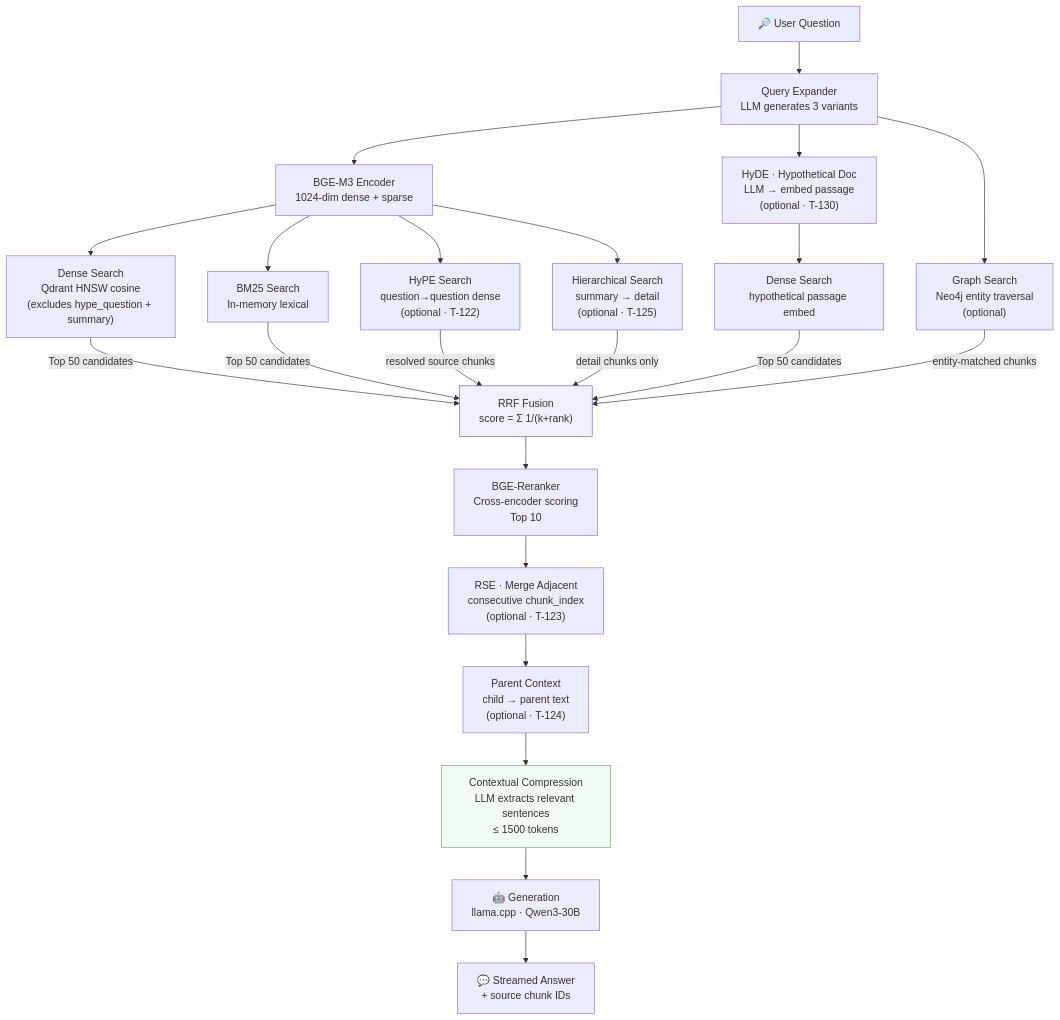
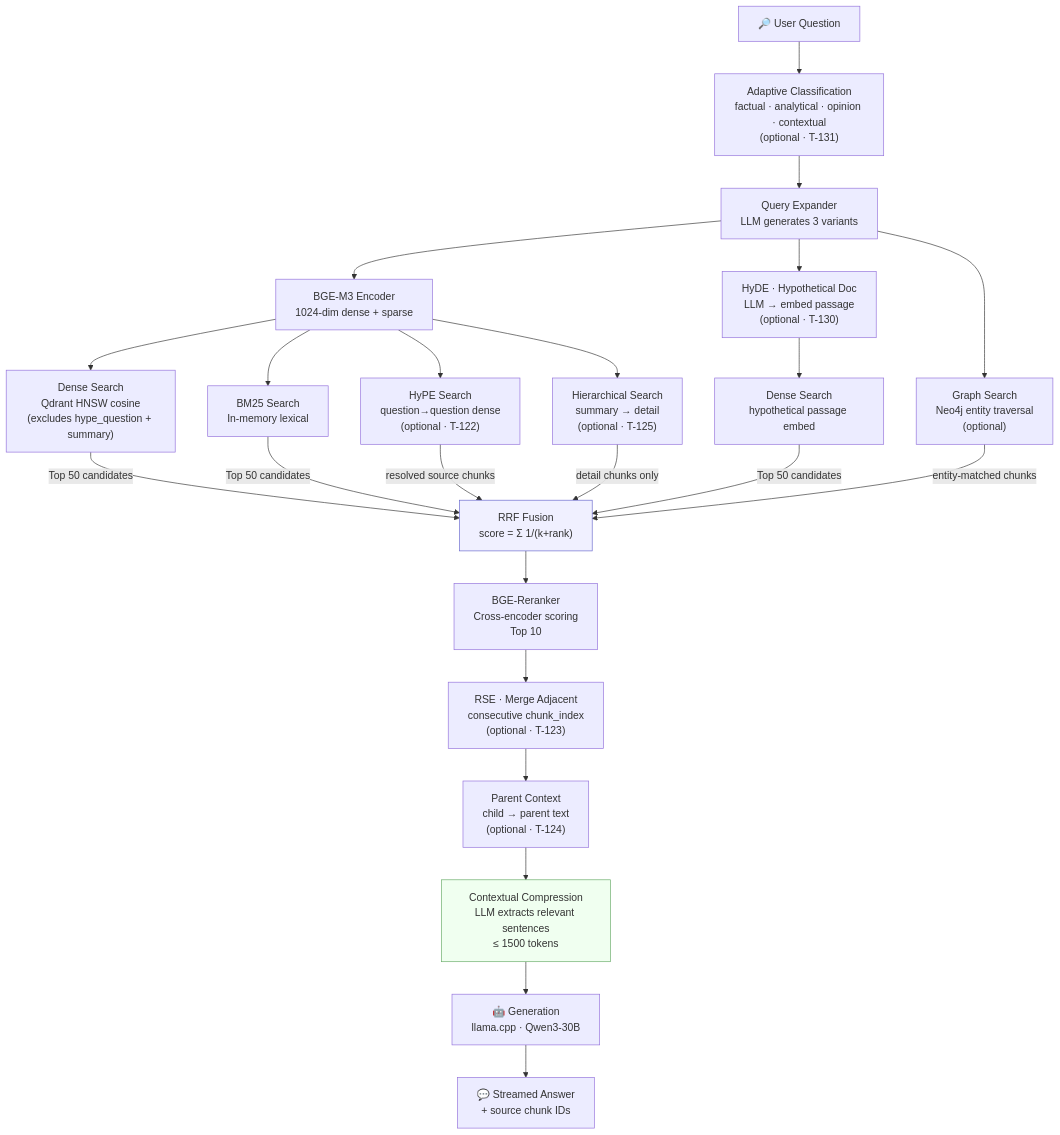
The seventh of 10 diagrams in README.md (ealbertoav/rag_platform), drawn with Mermaid before and after one commit. The commit also changed other lines of this file and 16 other files, not shown here.

First line of the commit message:
feat: add adaptive query classification and thread-safe BM25 writes

````diff
--- a/README.md
+++ b/README.md
@@ -1229,30 +1233,31 @@
 ```mermaid
 flowchart TD
-    Q["🔎 User Question"] --> QE["Query Expander<br/>LLM generates 3 variants"]
+    Q["🔎 User Question"] --> ADAPT["Adaptive Classification<br/>factual · analytical · opinion · contextual<br/>(optional · T-131)"]
+    ADAPT --> QE["Query Expander<br/>LLM generates 3 variants"]
     QE --> EMB["BGE-M3 Encoder<br/>1024-dim dense + sparse"]
     QE --> HYDE["HyDE · Hypothetical Doc<br/>LLM → embed passage<br/>(optional · T-130)"]
 
     EMB --> DS["Dense Search<br/>Qdrant HNSW cosine<br/>(excludes hype_question + summary)"]
     HYDE --> DS2["Dense Search<br/>hypothetical passage embed"]
     EMB --> BS["BM25 Search<br/>In-memory lexical"]
     EMB --> HS["HyPE Search<br/>question→question dense<br/>(optional · T-122)"]
     EMB --> HRS["Hierarchical Search<br/>summary → detail<br/>(optional · T-125)"]
     QE --> GS["Graph Search<br/>Neo4j entity traversal<br/>(optional)"]
 
     DS -->|Top 50 candidates| RRF["RRF Fusion<br/>score = Σ 1/(k+rank)"]
     DS2 -->|Top 50 candidates| RRF
     BS -->|Top 50 candidates| RRF
     HS -->|resolved source chunks| RRF
     HRS -->|detail chunks only| RRF
     GS -->|entity-matched chunks| RRF
 
     RRF --> RR["BGE-Reranker<br/>Cross-encoder scoring<br/>Top 10"]
     RR --> RSE["RSE · Merge Adjacent<br/>consecutive chunk_index<br/>(optional · T-123)"]
     RSE --> PC["Parent Context<br/>child → parent text<br/>(optional · T-124)"]
     PC --> CTX["Contextual Compression<br/>LLM extracts relevant sentences<br/>≤ 1500 tokens"]
     CTX --> GEN["🤖 Generation<br/>llama.cpp · Qwen3-30B"]
     GEN --> ANS["💬 Streamed Answer<br/>+ source chunk IDs"]
 
     style RRF fill:#f0f0ff,stroke:#6666cc
     style CTX fill:#f0fff0,stroke:#66aa66
 ```
````
